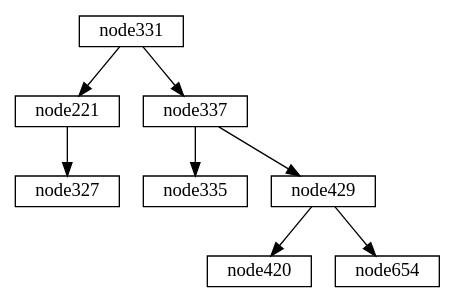
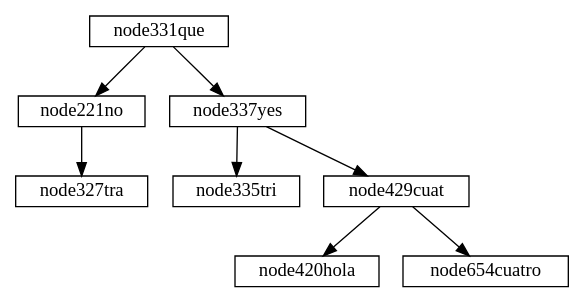
The diagram in build-EDD_Proyecto_1-Desktop_Qt_5_15_0_GCC_64bit-Debug/AVLGrafica.gv (olgt/Laboratorio_EDD_201612341), drawn with Graphviz before and after one commit. The commit also changed 65 other files, not shown here.

```diff
--- a/build-EDD_Proyecto_1-Desktop_Qt_5_15_0_GCC_64bit-Debug/AVLGrafica.gv
+++ b/build-EDD_Proyecto_1-Desktop_Qt_5_15_0_GCC_64bit-Debug/AVLGrafica.gv
@@ -1,11 +1,11 @@
 digraph G {
 rankdir = TB; 
 node [shape=record, width=.1, height=.1]; 
-node331->node221; 
-node221->node327; 
-node331->node337; 
-node337->node335; 
-node337->node429; 
-node429->node420; 
-node429->node654; 
+node331que->node221no; 
+node221no->node327tra; 
+node331que->node337yes; 
+node337yes->node335tri; 
+node337yes->node429cuat; 
+node429cuat->node420hola; 
+node429cuat->node654cuatro; 
 }
```
